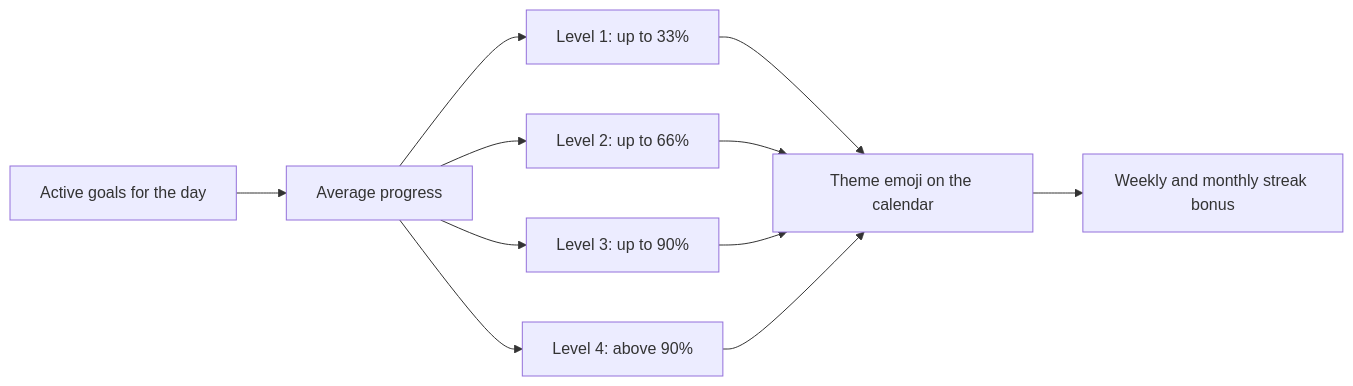
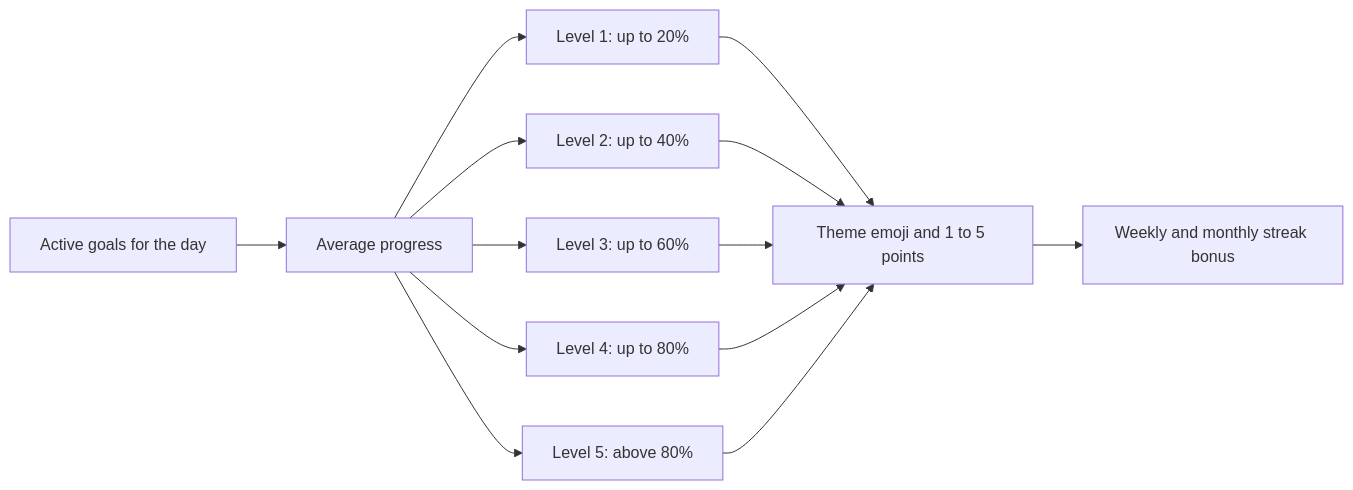
The fourth of 4 diagrams in .github/README.md (jonathaxs/gymnutshell-android), drawn with Mermaid before and after one commit. The commit also changed other lines of this file and 15 other files, not shown here.

````diff
--- a/.github/README.md
+++ b/.github/README.md
@@ -288,10 +336,11 @@
 ```mermaid
 flowchart LR
     Metas["Active goals for the day"] --> Media["Average progress"]
-    Media --> N1["Level 1: up to 33%"]
-    Media --> N2["Level 2: up to 66%"]
-    Media --> N3["Level 3: up to 90%"]
-    Media --> N4["Level 4: above 90%"]
-    N1 & N2 & N3 & N4 --> Emoji["Theme emoji on the calendar"]
+    Media --> N1["Level 1: up to 20%"]
+    Media --> N2["Level 2: up to 40%"]
+    Media --> N3["Level 3: up to 60%"]
+    Media --> N4["Level 4: up to 80%"]
+    Media --> N5["Level 5: above 80%"]
+    N1 & N2 & N3 & N4 & N5 --> Emoji["Theme emoji and 1 to 5 points"]
     Emoji --> Bonus["Weekly and monthly streak bonus"]
 ```
````
